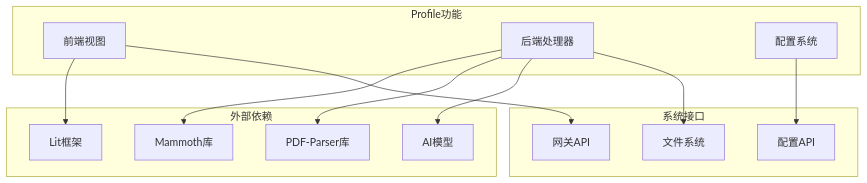
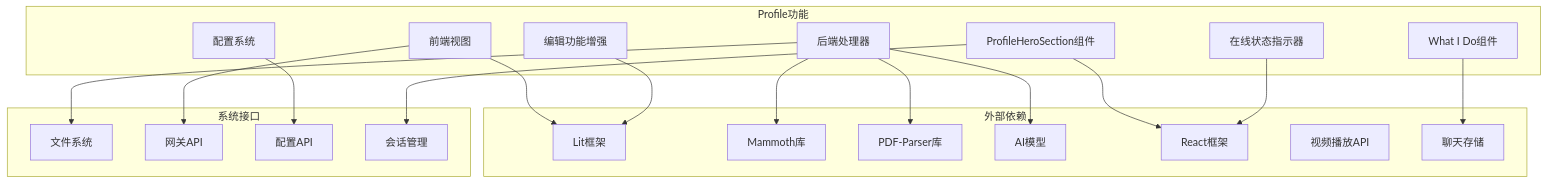
One commit to verse-ai-org/openclaw changed diagram 11 of 11 in .qoder/repowiki/zh/content/核心概念/Profile功能设计文档/Profile功能设计文档.md. Above: the diagram before and after it, drawn with Mermaid. The commit also changed other lines of this file and 55 other files, not shown here.

````diff
--- a/.qoder/repowiki/zh/content/核心概念/Profile功能设计文档/Profile功能设计文档.md
+++ b/.qoder/repowiki/zh/content/核心概念/Profile功能设计文档/Profile功能设计文档.md
@@ -274,26 +530,39 @@
 ```mermaid
 graph TB
 subgraph "Profile功能"
 P1[前端视图]
 P2[后端处理器]
 P3[配置系统]
+P4[What I Do组件]
+P5[ProfileHeroSection组件]
+P6[在线状态指示器]
+P7[编辑功能增强]
 end
 subgraph "外部依赖"
 D1[Lit框架]
 D2[Mammoth库]
 D3[PDF-Parser库]
 D4[AI模型]
+D5[React框架]
+D6[视频播放API]
+D7[聊天存储]
 end
 subgraph "系统接口"
 I1[文件系统]
 I2[网关API]
 I3[配置API]
+I4[会话管理]
 end
 P1 --> D1
 P2 --> D2
 P2 --> D3
 P2 --> D4
+P5 --> D5
+P4 --> D7
+P6 --> D5
+P7 --> D1
 P1 --> I2
 P2 --> I1
 P3 --> I3
+P5 --> I4
 ```
````
